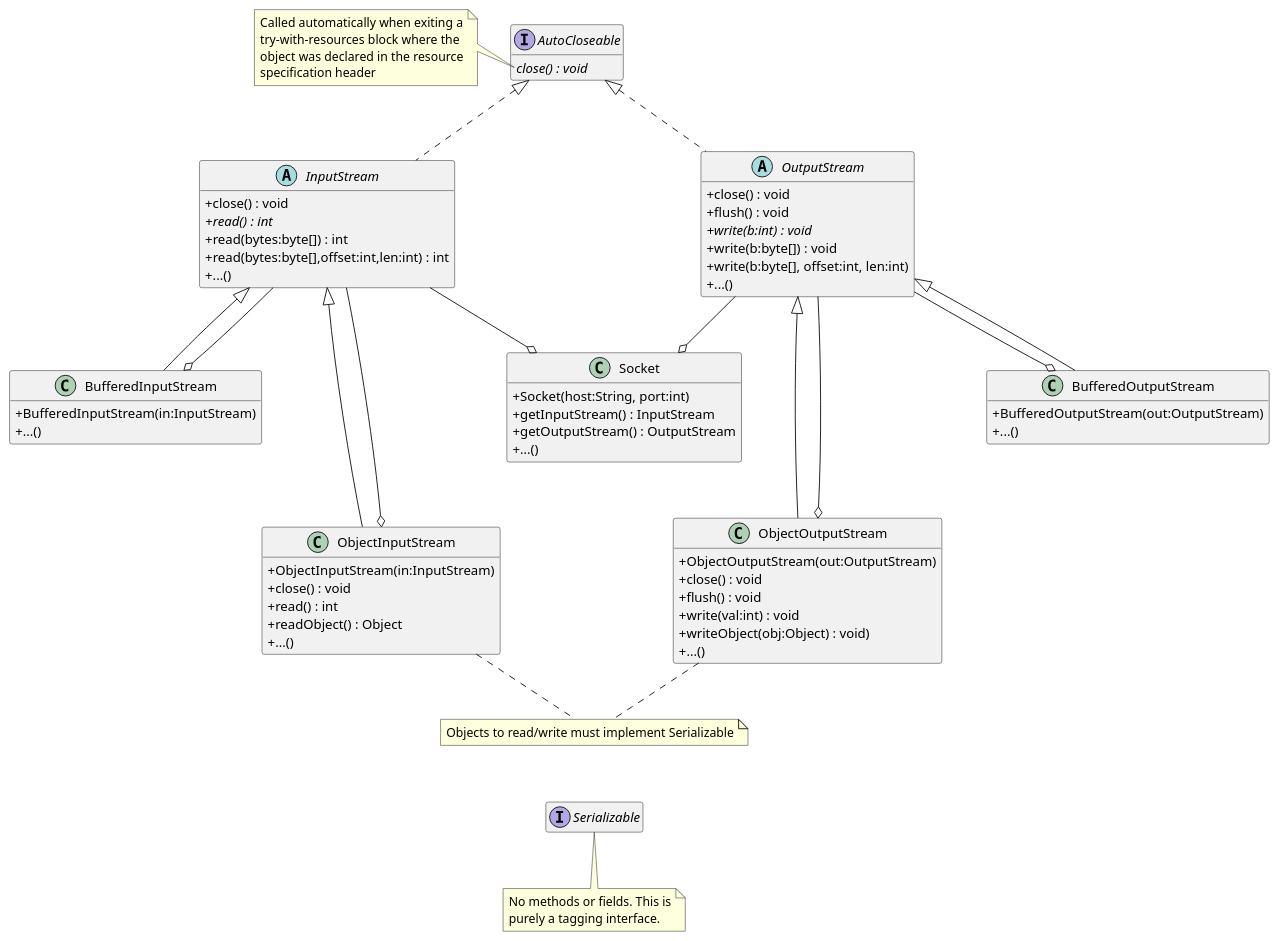
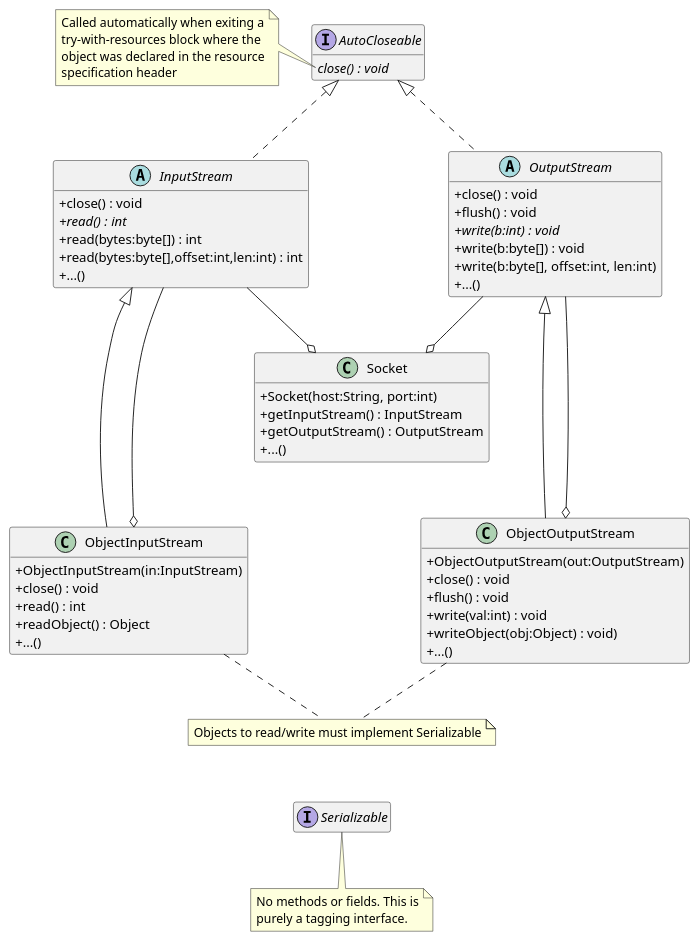
Before and after one commit to dtuinstr/ObjectSocketDemo: the diagram in uml/ObjectStreams.puml, drawn with PlantUML.

Commit message:
Comment out Buffered streams.

```diff
--- a/uml/ObjectStreams.puml
+++ b/uml/ObjectStreams.puml
@@ -1,106 +1,106 @@
 @startuml
 'https://plantuml.com/class-diagram
 skinparam classAttributeIconSize 0
 hide empty members
 
 AutoCloseable <|.. InputStream
 AutoCloseable <|.. OutputStream
 
-InputStream <|-- BufferedInputStream
-InputStream --o BufferedInputStream
+'InputStream <|-- BufferedInputStream
+'InputStream --o BufferedInputStream
 
 InputStream <|-- ObjectInputStream
 ObjectInputStream o-- InputStream
 InputStream .. Spacer1
 Spacer1 .. ObjectInputStream
 hide Spacer1
 
 OutputStream <|-- ObjectOutputStream
 ObjectOutputStream o-- OutputStream
 OutputStream .. Spacer2
 Spacer2 .. ObjectOutputStream
 hide Spacer2
-OutputStream --o BufferedOutputStream
-OutputStream <|-- BufferedOutputStream
+'OutputStream --o BufferedOutputStream
+'OutputStream <|-- BufferedOutputStream
 
 InputStream --o Socket
 OutputStream --o Socket
 
 note "Objects to read/write must implement Serializable" as N0
 ObjectInputStream .. N0
 ObjectOutputStream .. N0
 
 N0 -[hidden]- Serializable
 
 class Socket {
     + Socket(host:String, port:int)
     + getInputStream() : InputStream
     + getOutputStream() : OutputStream
     + ...()
 }
 
 interface Serializable
 note bottom of Serializable
     No methods or fields. This is
     purely a tagging interface.
 end note
 
 interface AutoCloseable {
     {abstract} close() : void
 }
 note left of AutoCloseable::close()
     Called automatically when exiting a
     try-with-resources block where the
     object was declared in the resource
     specification header
 end note
 
 abstract class InputStream {
 '    InputStream()
 '    ..
     +close() : void
     +{abstract} read() : int
     +read(bytes:byte[]) : int
     +read(bytes:byte[],offset:int,len:int) : int
     +...()
 }
 
-class BufferedInputStream {
-    + BufferedInputStream(in:InputStream)
-    + ...()
-}
+'class BufferedInputStream {
+'    + BufferedInputStream(in:InputStream)
+'    + ...()
+'}
 
 class ObjectInputStream {
     +ObjectInputStream(in:InputStream)
     +close() : void
     +read() : int
     +readObject() : Object
     +...()
 }
 
 abstract class OutputStream {
     +close() : void
     +flush() : void
     +{abstract} write(b:int) : void
     +write(b:byte[]) : void
     +write(b:byte[], offset:int, len:int)
     +...()
 }
 
-class BufferedOutputStream {
-    + BufferedOutputStream(out:OutputStream)
-    + ...()
-}
+'class BufferedOutputStream {
+'    + BufferedOutputStream(out:OutputStream)
+'    + ...()
+'}
 
 class ObjectOutputStream {
     +ObjectOutputStream(out:OutputStream)
     +close() : void
     +flush() : void
     +write(val:int) : void
     +writeObject(obj:Object) : void)
     +...()
 }
 
 
 
 @enduml
```
